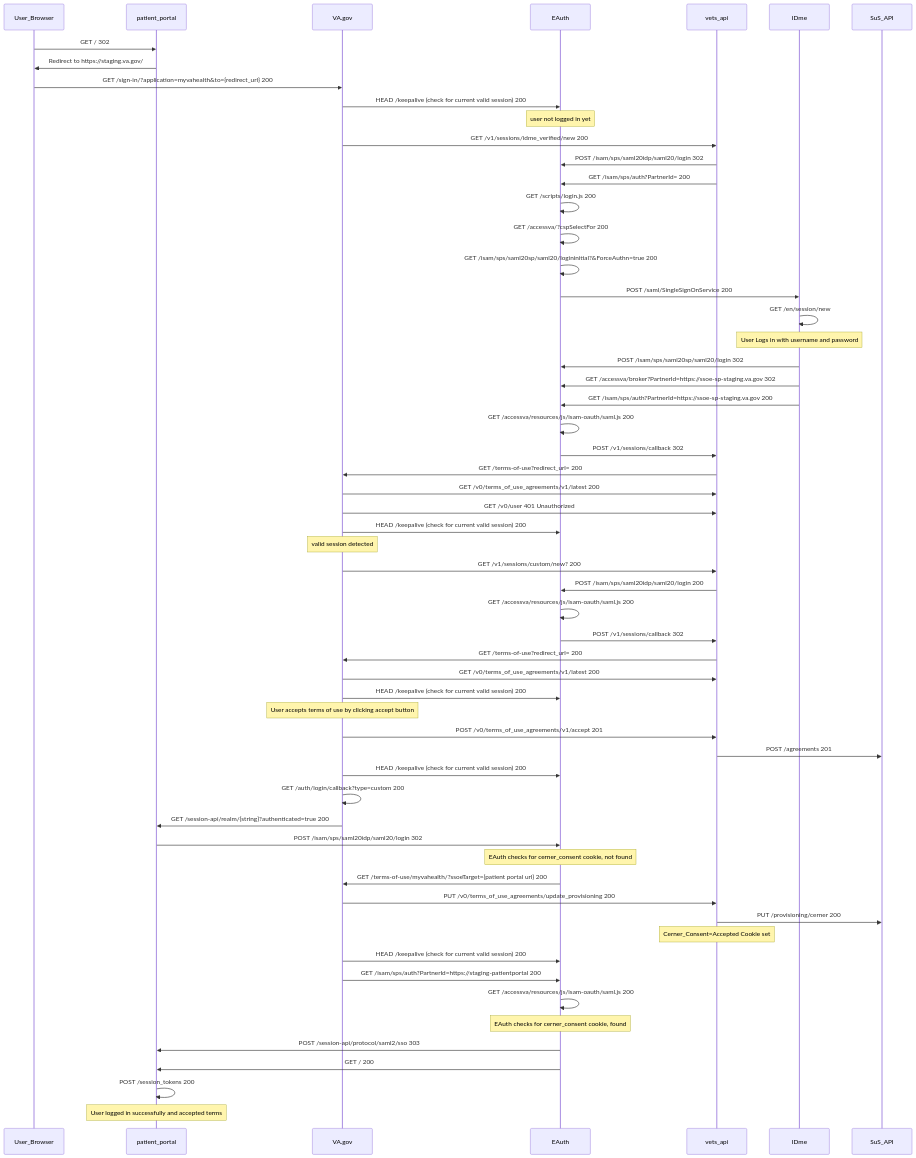
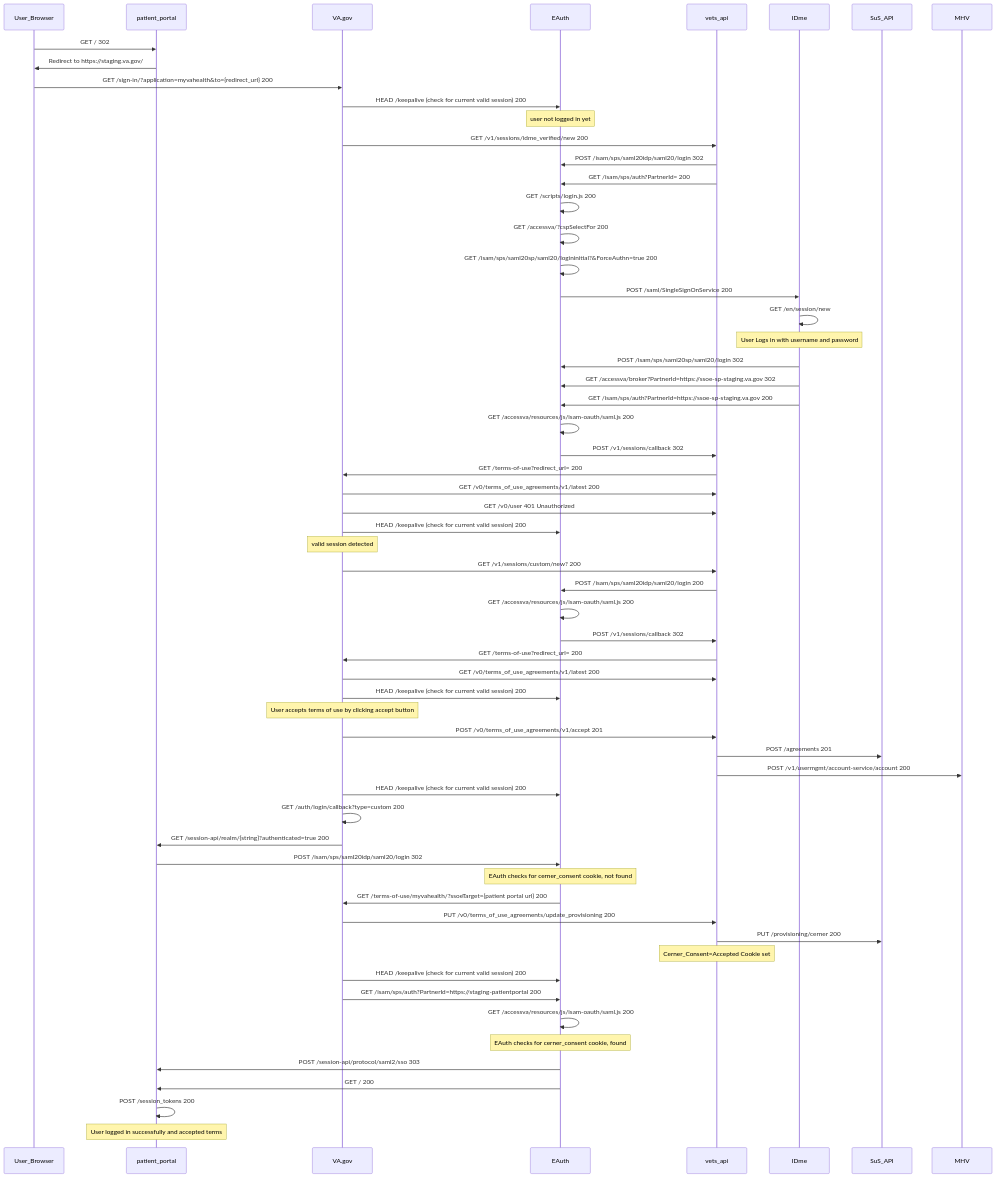
Before and after one commit to department-of-veterans-affairs/va.gov-team: the diagram in products/identity/Products/terms and conditions/happy_path.md, drawn with Mermaid.

Commit message:
adds MHV account creation call

````diff
--- a/products/identity/Products/terms and conditions/happy_path.md
+++ b/products/identity/Products/terms and conditions/happy_path.md
@@ -1,63 +1,65 @@
 ``` mermaid
 sequenceDiagram
     participant User_Browser
     participant patient_portal
     participant VA.gov
     participant EAuth
     participant vets_api
     participant IDme
     participant SuS_API
+    participant MHV
     
 
     User_Browser ->> patient_portal: GET / 302
     patient_portal ->> User_Browser: Redirect to https://staging.va.gov/
     User_Browser ->> VA.gov: GET /sign-in/?application=myvahealth&to={redirect_url} 200
     VA.gov ->> EAuth: HEAD /keepalive (check for current valid session) 200
     Note over EAuth: user not logged in yet
     VA.gov ->> vets_api: GET /v1/sessions/idme_verified/new 200
     vets_api ->> EAuth: POST /isam/sps/saml20idp/saml20/login 302
     vets_api ->> EAuth: GET /isam/sps/auth?PartnerId= 200
     EAuth ->> EAuth: GET /scripts/login.js 200
     EAuth ->> EAuth: GET /accessva/?cspSelectFor 200
     EAuth ->> EAuth: GET /isam/sps/saml20sp/saml20/logininitial?&ForceAuthn=true 200
     EAuth ->> IDme: POST /saml/SingleSignOnService 200
     IDme ->> IDme: GET /en/session/new
     Note over IDme: User Logs in with username and password
     IDme ->> EAuth: POST /isam/sps/saml20sp/saml20/login 302
     IDme ->> EAuth: GET /accessva/broker?PartnerId=https://ssoe-sp-staging.va.gov 302
     IDme ->> EAuth: GET /isam/sps/auth?PartnerId=https://ssoe-sp-staging.va.gov 200
     EAuth ->> EAuth: GET /accessva/resources/js/isam-oauth/saml.js 200
     EAuth ->> vets_api: POST /v1/sessions/callback 302
     vets_api ->> VA.gov: GET /terms-of-use?redirect_url= 200
     VA.gov ->> vets_api: GET /v0/terms_of_use_agreements/v1/latest 200
     VA.gov ->> vets_api: GET /v0/user 401 Unauthorized
     VA.gov ->> EAuth: HEAD /keepalive (check for current valid session) 200
     Note over VA.gov: valid session detected
     VA.gov ->> vets_api: GET /v1/sessions/custom/new? 200
     vets_api ->> EAuth: POST /isam/sps/saml20idp/saml20/login 200
     EAuth ->> EAuth: GET /accessva/resources/js/isam-oauth/saml.js 200
     EAuth ->> vets_api: POST /v1/sessions/callback 302
     vets_api ->> VA.gov: GET /terms-of-use?redirect_url= 200
     VA.gov ->> vets_api: GET /v0/terms_of_use_agreements/v1/latest 200
     VA.gov ->> EAuth: HEAD /keepalive (check for current valid session) 200
     Note over VA.gov: User accepts terms of use by clicking accept button
     VA.gov ->> vets_api: POST /v0/terms_of_use_agreements/v1/accept 201
     vets_api ->> SuS_API: POST /agreements 201
+    vets_api ->> MHV: POST /v1/usermgmt/account-service/account 200
     VA.gov ->> EAuth: HEAD /keepalive (check for current valid session) 200
     VA.gov ->> VA.gov: GET /auth/login/callback?type=custom 200
     VA.gov ->> patient_portal: GET /session-api/realm/{string}?authenticated=true 200
     patient_portal ->> EAuth: POST /isam/sps/saml20idp/saml20/login 302
     Note over EAuth: EAuth checks for cerner_consent cookie, not found
     EAuth ->> VA.gov: GET /terms-of-use/myvahealth/?ssoeTarget={patient portal url} 200
     VA.gov ->> vets_api: PUT /v0/terms_of_use_agreements/update_provisioning 200
     vets_api ->> SuS_API: PUT /provisioning/cerner 200
     Note over vets_api: Cerner_Consent=Accepted Cookie set
     VA.gov ->> EAuth: HEAD /keepalive (check for current valid session) 200
     VA.gov ->> EAuth: GET /isam/sps/auth?PartnerId=https://staging-patientportal 200
     EAuth ->> EAuth: GET /accessva/resources/js/isam-oauth/saml.js 200
     Note over EAuth: EAuth checks for cerner_consent cookie, found
     EAuth ->> patient_portal: POST /session-api/protocol/saml2/sso 303
     EAuth ->> patient_portal: GET / 200
     patient_portal ->> patient_portal: POST /session_tokens 200
     Note over patient_portal: User logged in successfully and accepted terms
 ```
````
